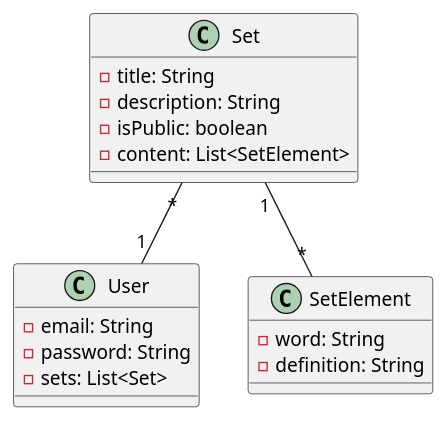
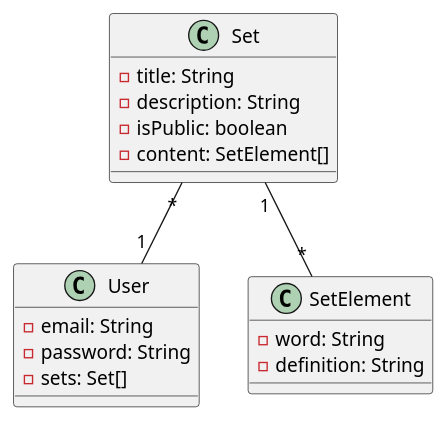
The diagram in asciidocs/plantuml/QuizletCld.puml (2223-3bhif-wmc-leo/g04-quizlet), drawn with PlantUML before and after one commit.

Commit message:
fix: removed type List<> from cld and replaced it with [] to meet the actual typescript types

```diff
--- a/asciidocs/plantuml/QuizletCld.puml
+++ b/asciidocs/plantuml/QuizletCld.puml
@@ -1,26 +1,26 @@
 @startuml
 'https://plantuml.com/class-diagram
 
 class User {
     - email: String
     - password: String
-    - sets: List<Set>
+    - sets: Set[]
 }
 
 class Set {
     - title: String
     - description: String
     - isPublic: boolean
-    - content: List<SetElement>
+    - content: SetElement[]
 }
 
 class SetElement {
     - word: String
     - definition: String
 }
 
 
 Set "*" -- "1" User
 Set "1" -- "*" SetElement
 
 @enduml
```
